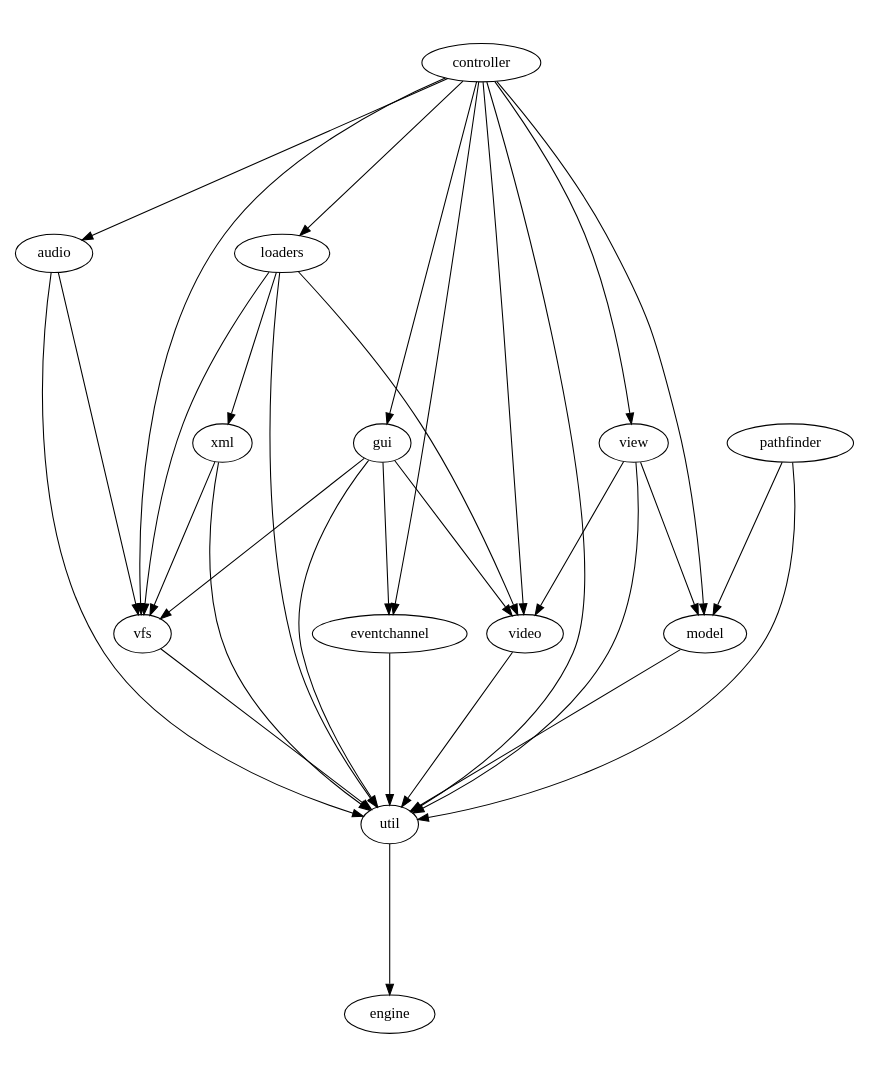
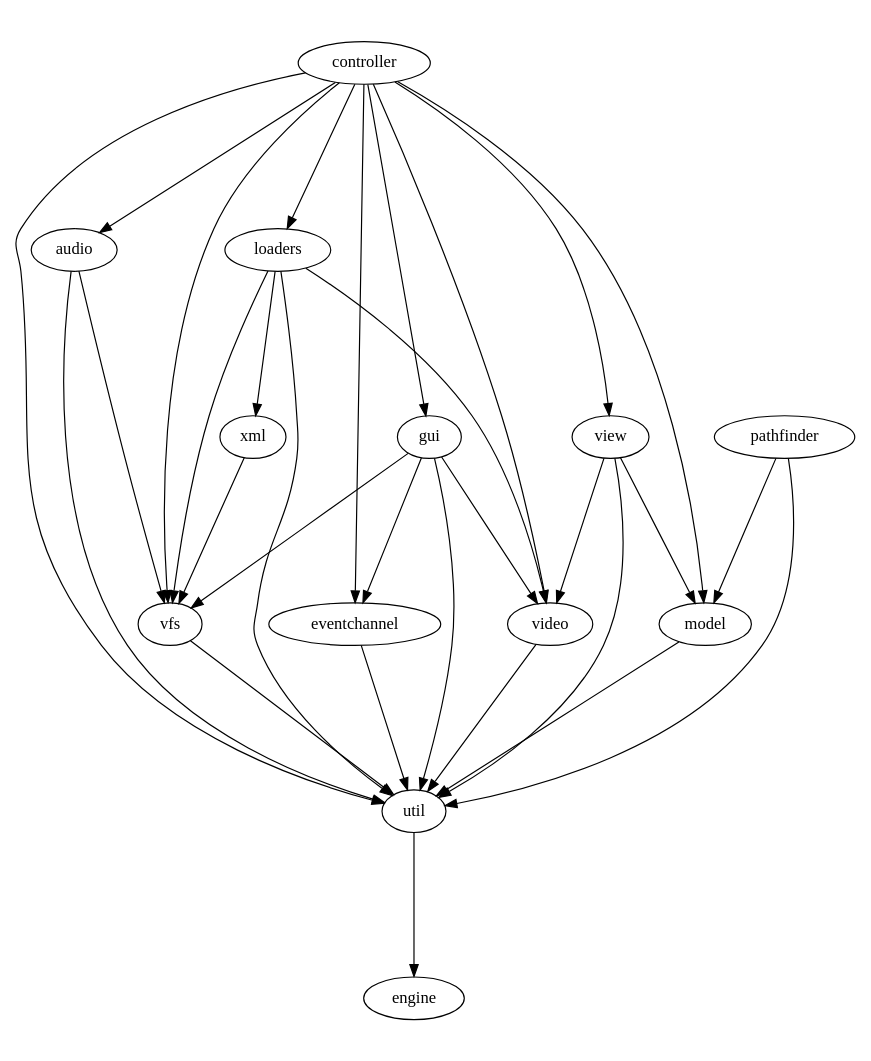
One commit to fifengine/fifengine changed the diagram in doc/dependencies/moduledeps.dot. Above: the diagram before and after it, drawn with Graphviz. The commit also changed 41 other files, not shown here.

```diff
--- a/doc/dependencies/moduledeps.dot
+++ b/doc/dependencies/moduledeps.dot
@@ -1,39 +1,38 @@
 digraph "source tree" {
     overlap=scale;
     size="8,10";
     ratio="fill";
     fontsize="16";
     fontname="Helvetica";
     clusterrank="local";
     "audio" -> "util"
     "audio" -> "vfs"
     "controller" -> "audio"
     "controller" -> "eventchannel"
     "controller" -> "gui"
     "controller" -> "loaders"
     "controller" -> "model"
     "controller" -> "util"
     "controller" -> "vfs"
     "controller" -> "video"
     "controller" -> "view"
     "eventchannel" -> "util"
     "gui" -> "eventchannel"
     "gui" -> "util"
     "gui" -> "vfs"
     "gui" -> "video"
     "loaders" -> "util"
     "loaders" -> "vfs"
     "loaders" -> "video"
     "loaders" -> "xml"
     "model" -> "util"
     "pathfinder" -> "model"
     "pathfinder" -> "util"
     "util" -> "engine"
     "vfs" -> "util"
     "video" -> "util"
     "view" -> "model"
     "view" -> "util"
     "view" -> "video"
-    "xml" -> "util"
     "xml" -> "vfs"
 }
```
